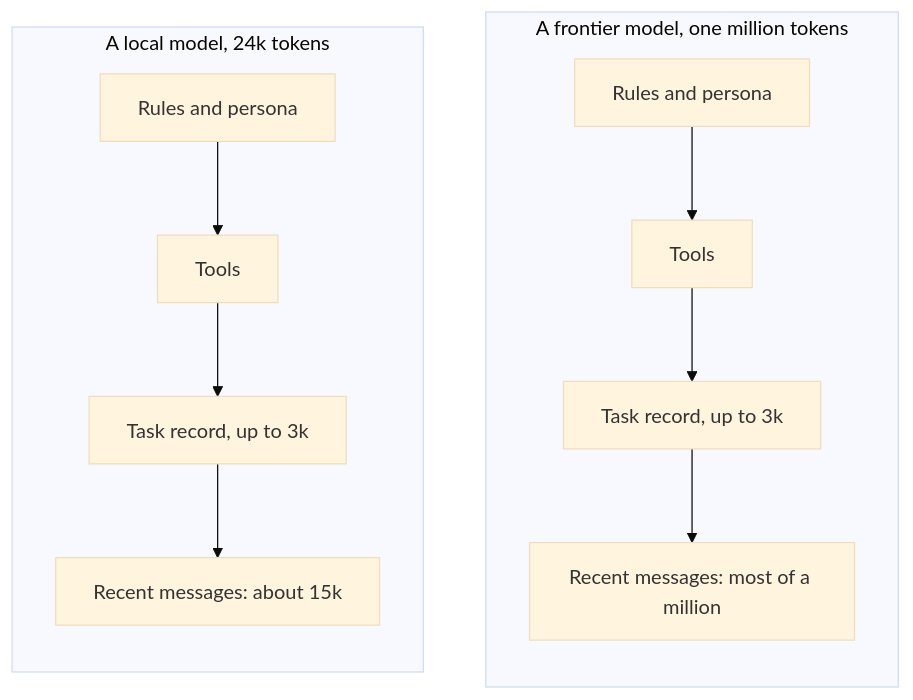
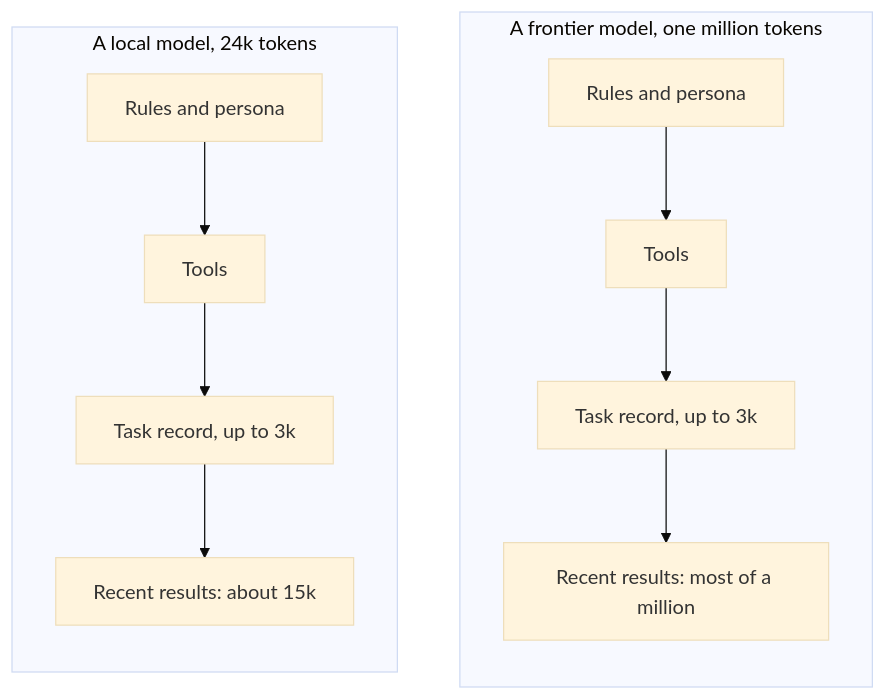
Before and after one commit to JaredTate/nerdgenie: the sixth of 8 diagrams in COEUS.md, drawn with Mermaid (base theme). The commit also changed other lines of this file and 8 other files, not shown here.

First line of the commit message:
The record in four parts, autonomous by default, one task at a time, and the library analogy

````diff
--- a/COEUS.md
+++ b/COEUS.md
@@ -228,11 +208,11 @@
 ```mermaid
 flowchart TB
   subgraph Big["A frontier model, one million tokens"]
     direction TB
-    B1["Rules and persona"] --> B2["Tools"] --> B3["Task record, up to 3k"] --> B4["Recent messages: most of a million"]
+    B1["Rules and persona"] --> B2["Tools"] --> B3["Task record, up to 3k"] --> B4["Recent results: most of a million"]
   end
   subgraph Small["A local model, 24k tokens"]
     direction TB
-    S1["Rules and persona"] --> S2["Tools"] --> S3["Task record, up to 3k"] --> S4["Recent messages: about 15k"]
+    S1["Rules and persona"] --> S2["Tools"] --> S3["Task record, up to 3k"] --> S4["Recent results: about 15k"]
   end
 ```
````
